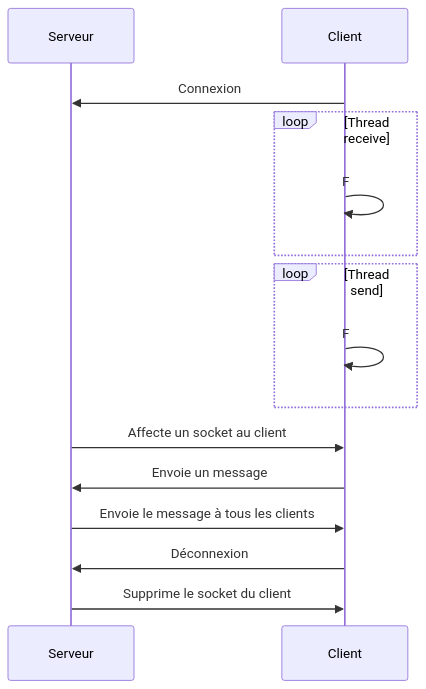
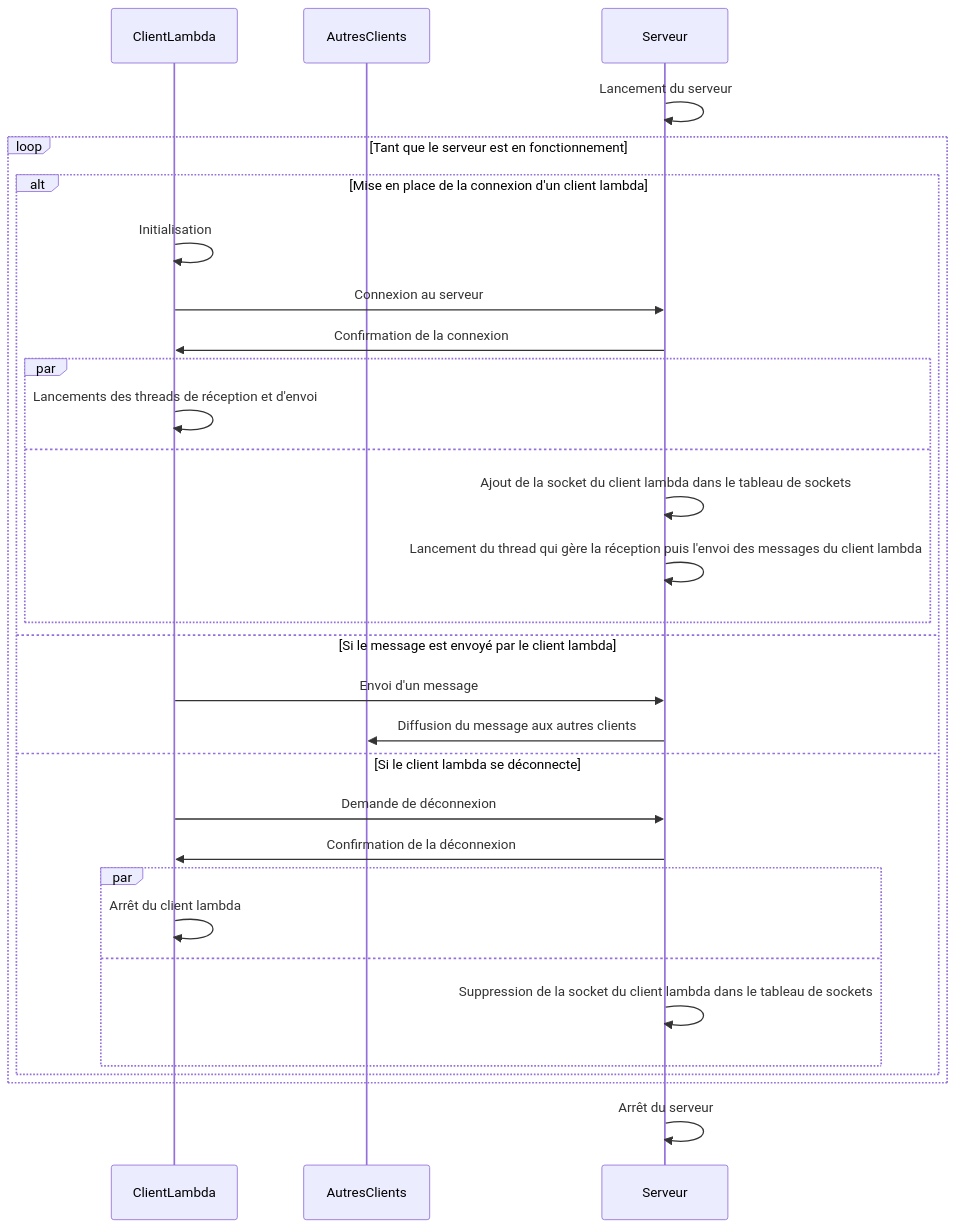
One commit to TAIP25/ig3_projet_far changed the diagram in sprint1/README.md. Above: the diagram before and after it, drawn with Mermaid. The commit also changed other lines of this file, not shown here.

Commit message:
Finition du README du sprint 1

````diff
--- a/sprint1/README.md
+++ b/sprint1/README.md
@@ -16,17 +43,33 @@
 ```mermaid
 sequenceDiagram
-    participant Serveur
-    participant Client
-    Client->>Serveur: Connexion
-    loop Thread receive
-        Client->>Client: F
-    end
-    loop Thread send
-        Client->>Client: F
-    end
-    Serveur->>Client: Affecte un socket au client
-    Client->>Serveur: Envoie un message
-    Serveur->>Client: Envoie le message à tous les clients
-    Client->>Serveur: Déconnexion
-    Serveur->>Client: Supprime le socket du client
+        participant ClientLambda
+        participant AutresClients
+        participant Serveur
+        Serveur->>Serveur: Lancement du serveur
+        loop Tant que le serveur est en fonctionnement
+                alt Mise en place de la connexion d'un client lambda
+                        ClientLambda->>ClientLambda: Initialisation
+                        ClientLambda->>Serveur: Connexion au serveur
+                        Serveur->>ClientLambda: Confirmation de la connexion
+                        par
+                                ClientLambda->>ClientLambda: Lancements des threads de réception et d'envoi
+                        and
+                                Serveur->>Serveur: Ajout de la socket du client lambda dans le tableau de sockets
+                                Serveur->>Serveur: Lancement du thread qui gère la réception puis l'envoi des messages du client lambda
+                        end
+
+                else Si le message est envoyé par le client lambda
+                        ClientLambda->>Serveur: Envoi d'un message
+                        Serveur->>AutresClients: Diffusion du message aux autres clients
+                else Si le client lambda se déconnecte
+                        ClientLambda->>Serveur: Demande de déconnexion
+                        Serveur->>ClientLambda: Confirmation de la déconnexion
+                        par
+                                ClientLambda->>ClientLambda: Arrêt du client lambda
+                        and
+                                Serveur->>Serveur: Suppression de la socket du client lambda dans le tableau de sockets
+                        end
+                end
+        end
+        Serveur->>Serveur: Arrêt du serveur
 ```
````
